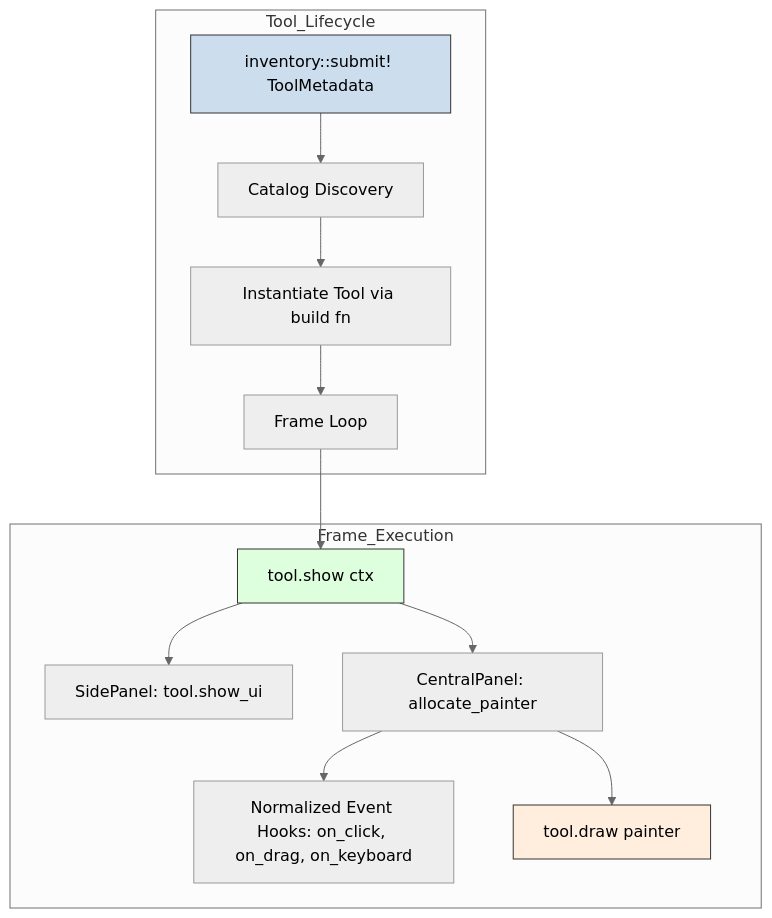
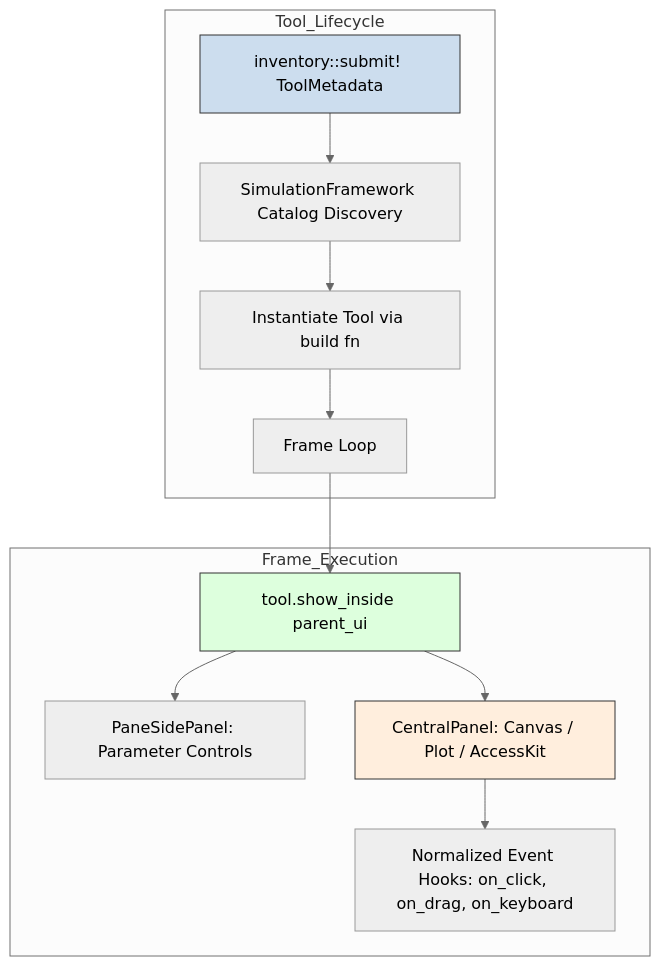
The diagram in docs/architecture/interactive_tool_walkthrough.md (fderuiter/OxidizeMath), drawn with Mermaid (neutral theme) before and after one commit. The commit also changed other lines of this file and 24 other files, not shown here.

````diff
--- a/docs/architecture/interactive_tool_walkthrough.md
+++ b/docs/architecture/interactive_tool_walkthrough.md
@@ -11,20 +9,19 @@
 ```mermaid
 graph TD
     subgraph Tool_Lifecycle
-        Reg[inventory::submit! ToolMetadata] --> Discovery[Catalog Discovery]
+        Reg[inventory::submit! ToolMetadata] --> Discovery[SimulationFramework Catalog Discovery]
         Discovery --> Inst[Instantiate Tool via build fn]
         Inst --> Loop[Frame Loop]
     end
 
     subgraph Frame_Execution
-        Loop --> Show[tool.show ctx]
-        Show --> LeftPanel[SidePanel: tool.show_ui]
-        Show --> CentralPanel[CentralPanel: allocate_painter]
+        Loop --> ShowInside[tool.show_inside parent_ui]
+        ShowInside --> LeftPanel[PaneSidePanel: Parameter Controls]
+        ShowInside --> CentralPanel[CentralPanel: Canvas / Plot / AccessKit]
         CentralPanel --> Events[Normalized Event Hooks: on_click, on_drag, on_keyboard]
-        CentralPanel --> Draw[tool.draw painter]
     end
 
     style Reg fill:#cde,stroke:#333
-    style Show fill:#dfd,stroke:#333
-    style Draw fill:#fed,stroke:#333
+    style ShowInside fill:#dfd,stroke:#333
+    style CentralPanel fill:#fed,stroke:#333
 ```
````
